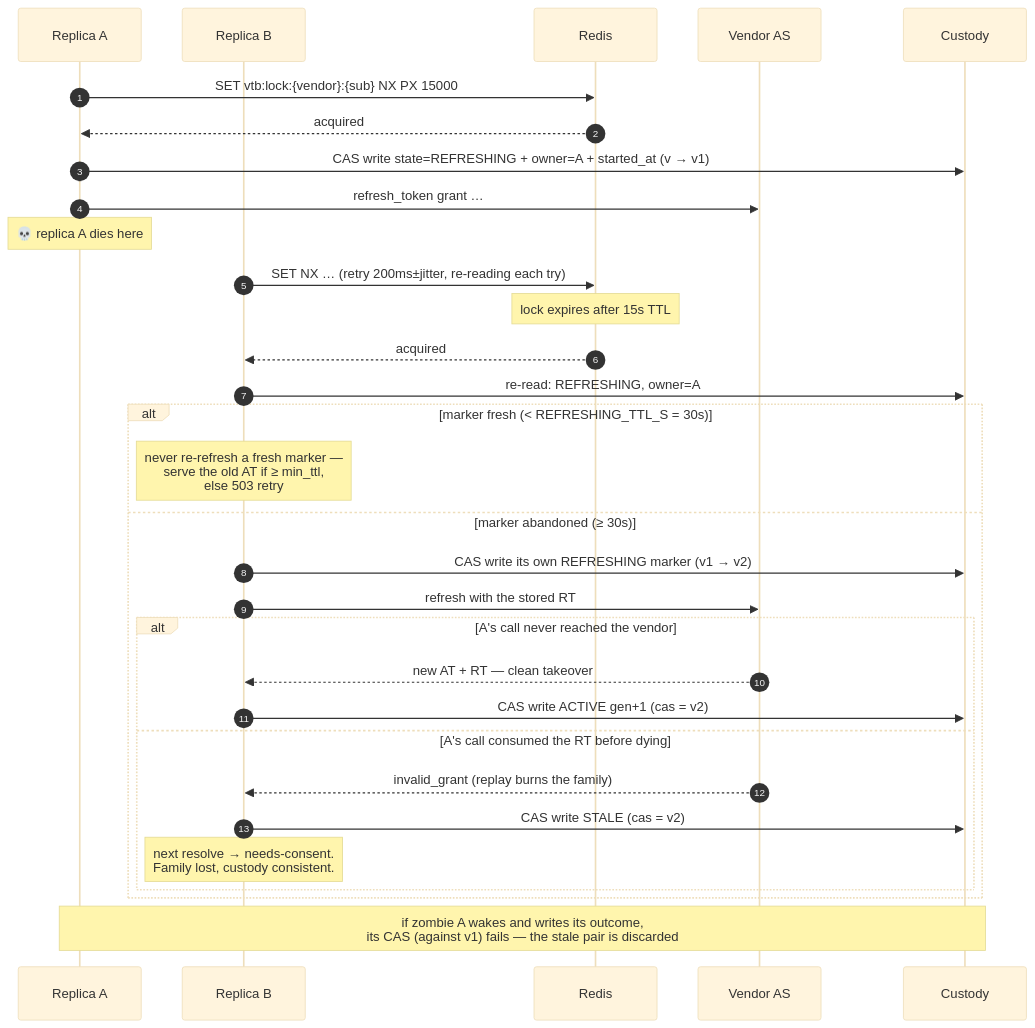
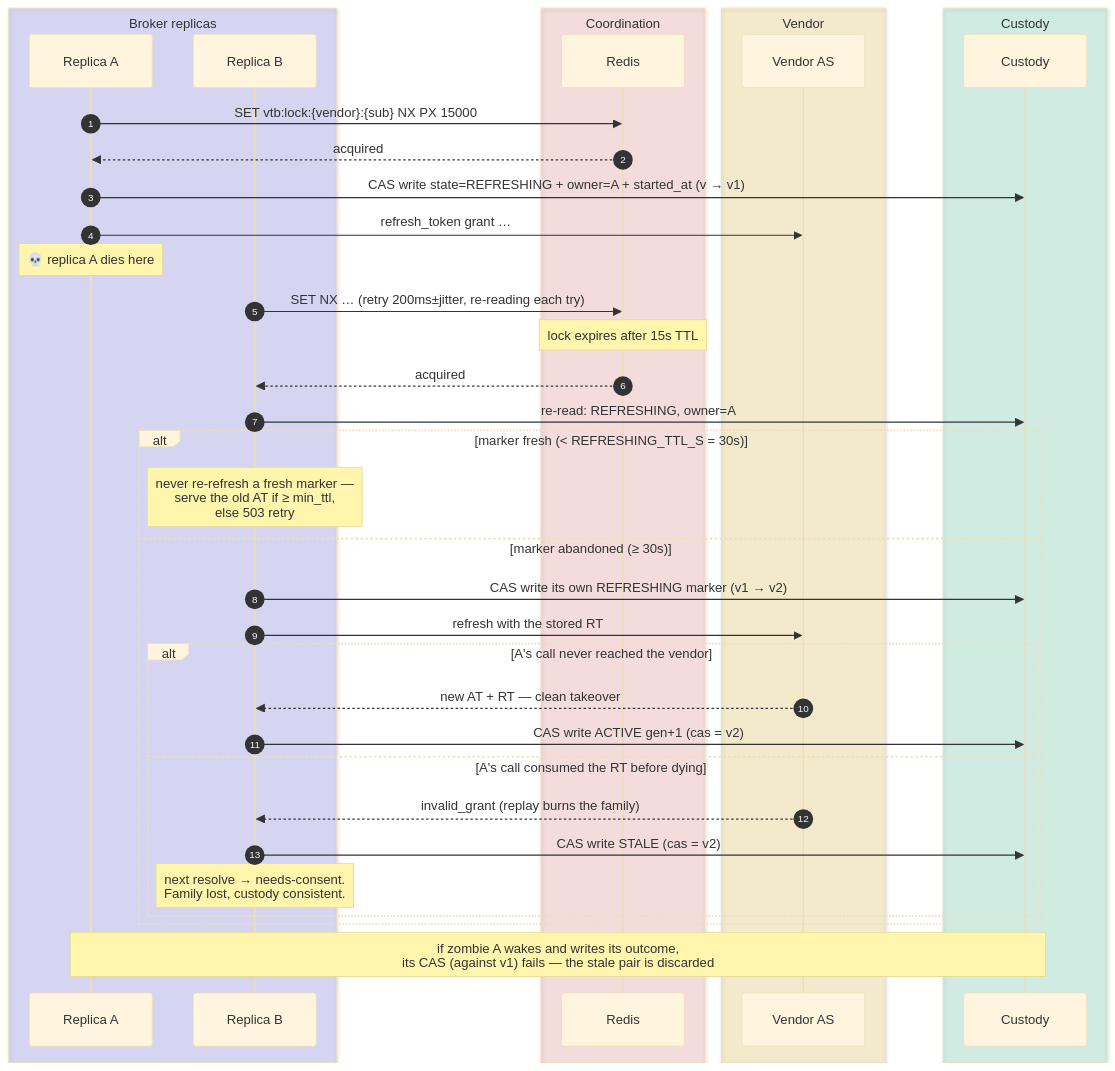
One commit to chief-builder/vendor-token-broker changed the sixth of 10 diagrams in docs/token-lifecycle.md. Above: the diagram before and after it, drawn with Mermaid (base theme). The commit also changed other lines of this file and 1 other file, not shown here.

First line of the commit message:
docs: theme-aware diagram colors + decluttered orientation map

````diff
--- a/docs/token-lifecycle.md
+++ b/docs/token-lifecycle.md
@@ -201,34 +245,42 @@
 ```mermaid
 sequenceDiagram
     autonumber
-    participant A as Replica A
-    participant Bb as Replica B
-    participant R as Redis
-    participant V as Vendor AS
-    participant K as Custody
+    box rgba(99,102,241,0.20) Broker replicas
+        participant A as Replica A
+        participant Bb as Replica B
+    end
+    box rgba(239,68,68,0.14) Coordination
+        participant R as Redis
+    end
+    box rgba(234,179,8,0.16) Vendor
+        participant V as Vendor AS
+    end
+    box rgba(16,185,129,0.16) Custody
+        participant K as Custody
+    end
 
     A->>R: SET vtb:lock:{vendor}:{sub} NX PX 15000
     R-->>A: acquired
     A->>K: CAS write state=REFRESHING + owner=A + started_at (v → v1)
     A->>V: refresh_token grant …
     Note over A: 💀 replica A dies here
     Bb->>R: SET NX … (retry 200ms±jitter, re-reading each try)
     Note over R: lock expires after 15s TTL
     R-->>Bb: acquired
     Bb->>K: re-read: REFRESHING, owner=A
     alt marker fresh (< REFRESHING_TTL_S = 30s)
         Note over Bb: never re-refresh a fresh marker —<br/>serve the old AT if ≥ min_ttl,<br/>else 503 retry
     else marker abandoned (≥ 30s)
         Bb->>K: CAS write its own REFRESHING marker (v1 → v2)
         Bb->>V: refresh with the stored RT
         alt A's call never reached the vendor
             V-->>Bb: new AT + RT — clean takeover
             Bb->>K: CAS write ACTIVE gen+1 (cas = v2)
         else A's call consumed the RT before dying
             V-->>Bb: invalid_grant (replay burns the family)
             Bb->>K: CAS write STALE (cas = v2)
             Note over Bb: next resolve → needs-consent.<br/>Family lost, custody consistent.
         end
     end
     Note over A,K: if zombie A wakes and writes its outcome,<br/>its CAS (against v1) fails — the stale pair is discarded
 ```
````
